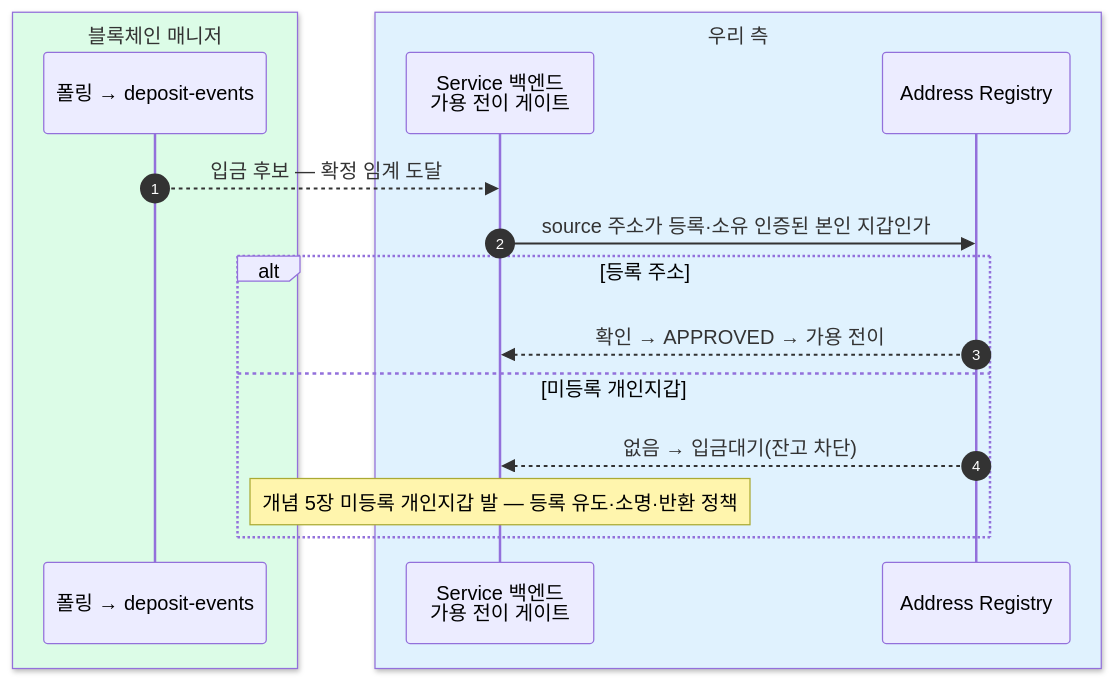
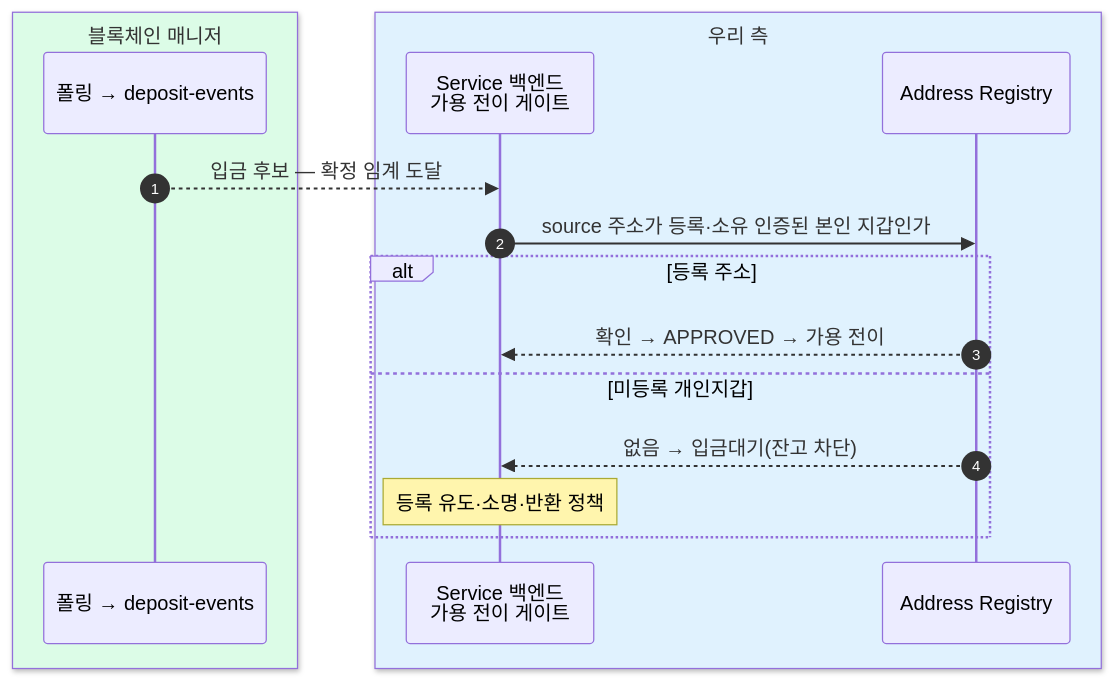
The ninth of 11 diagrams in blockchain-manager/docs/트래블룰/설계/07-scenarios.md (eunsujeo/eunpus), drawn with Mermaid before and after one commit. The commit also changed other lines of this file and 36 other files, not shown here.

````diff
--- a/blockchain-manager/docs/트래블룰/설계/07-scenarios.md
+++ b/blockchain-manager/docs/트래블룰/설계/07-scenarios.md
@@ -383,20 +391,20 @@
 ```mermaid
 sequenceDiagram
     autonumber
     box rgb(220,252,231) 블록체인 매니저
     participant BM as 폴링 → deposit-events
     end
     box rgb(224,242,254) 우리 측
     participant BE as Service 백엔드<br/>가용 전이 게이트
     participant AR as Address Registry
     end
 
     BM-->>BE: 입금 후보 — 확정 임계 도달
     BE->>AR: source 주소가 등록·소유 인증된 본인 지갑인가
     alt 등록 주소
         AR-->>BE: 확인 → APPROVED → 가용 전이
     else 미등록 개인지갑
         AR-->>BE: 없음 → 입금대기(잔고 차단)
-        Note over BE: 개념 5장 미등록 개인지갑 발 — 등록 유도·소명·반환 정책
+        Note over BE: 등록 유도·소명·반환 정책
     end
 ```
````
